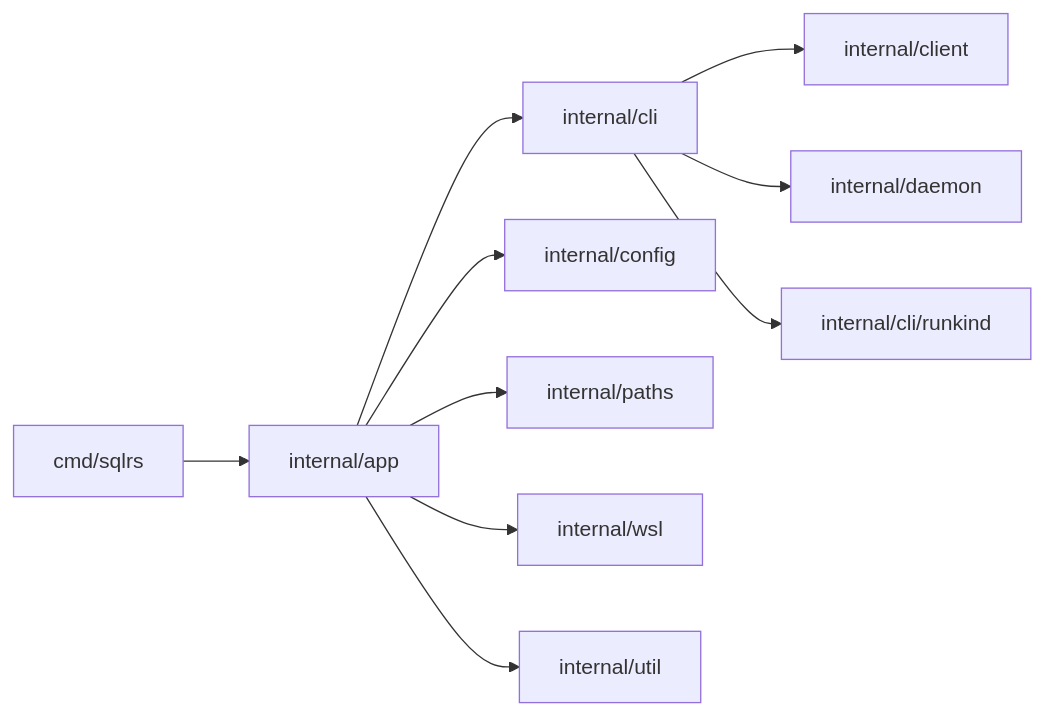
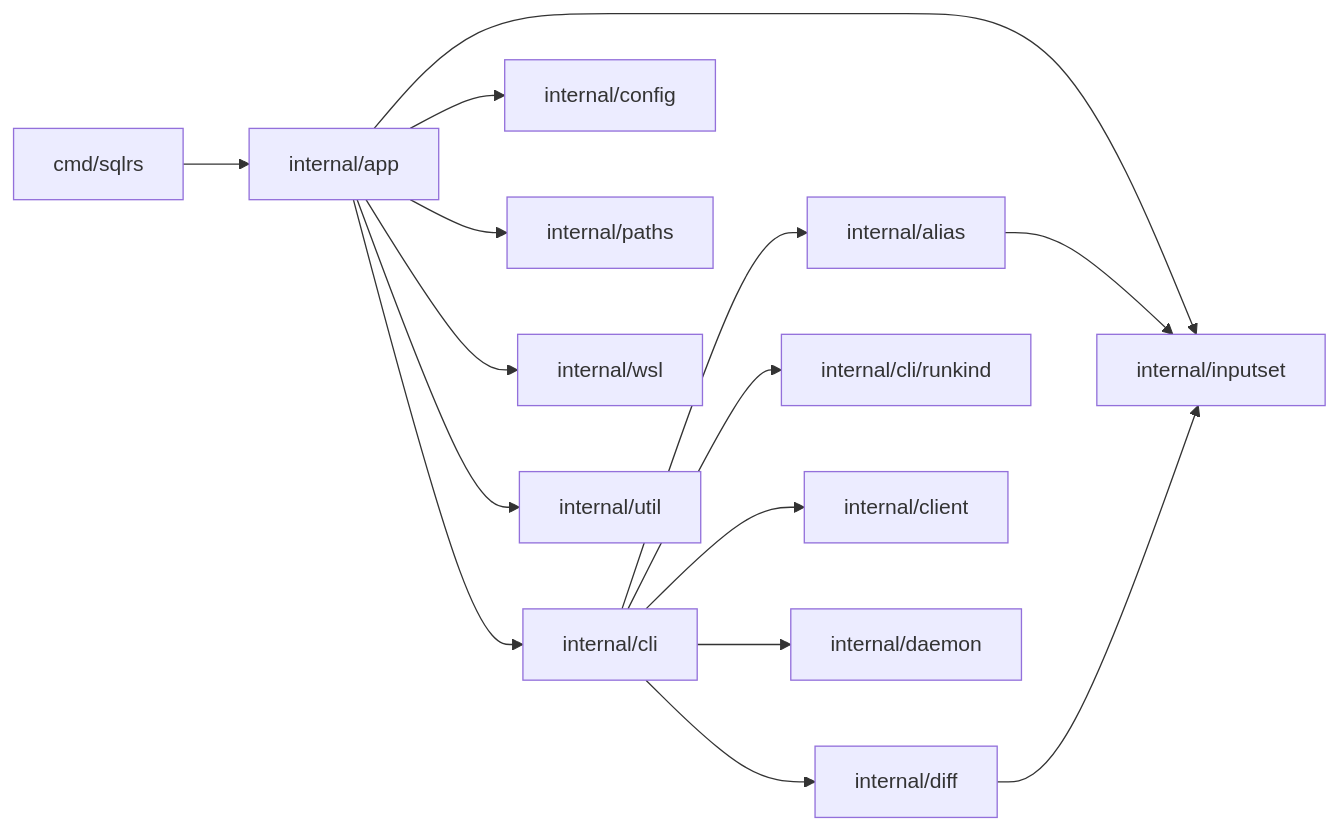
Before and after one commit to kimak-irmagi/taidon: the diagram in docs/architecture/cli-component-structure.RU.md, drawn with Mermaid. The commit also changed other lines of this file and 16 other files, not shown here.

Commit message:
Proposed architecture refinement documented

````diff
--- a/docs/architecture/cli-component-structure.RU.md
+++ b/docs/architecture/cli-component-structure.RU.md
@@ -63,23 +107,31 @@
 ```mermaid
 flowchart LR
   CMD["cmd/sqlrs"]
   APP["internal/app"]
   CLI["internal/cli"]
+  INPUTSET["internal/inputset"]
+  ALIAS["internal/alias"]
+  DIFF["internal/diff"]
   RUNKIND["internal/cli/runkind"]
   CLIENT["internal/client"]
   DAEMON["internal/daemon"]
   CONFIG["internal/config"]
   PATHS["internal/paths"]
   WSL["internal/wsl"]
   UTIL["internal/util"]
 
   CMD --> APP
   APP --> CLI
+  APP --> INPUTSET
   APP --> CONFIG
   APP --> PATHS
   APP --> WSL
   APP --> UTIL
   CLI --> CLIENT
   CLI --> DAEMON
   CLI --> RUNKIND
+  CLI --> ALIAS
+  CLI --> DIFF
+  ALIAS --> INPUTSET
+  DIFF --> INPUTSET
 ```
````
